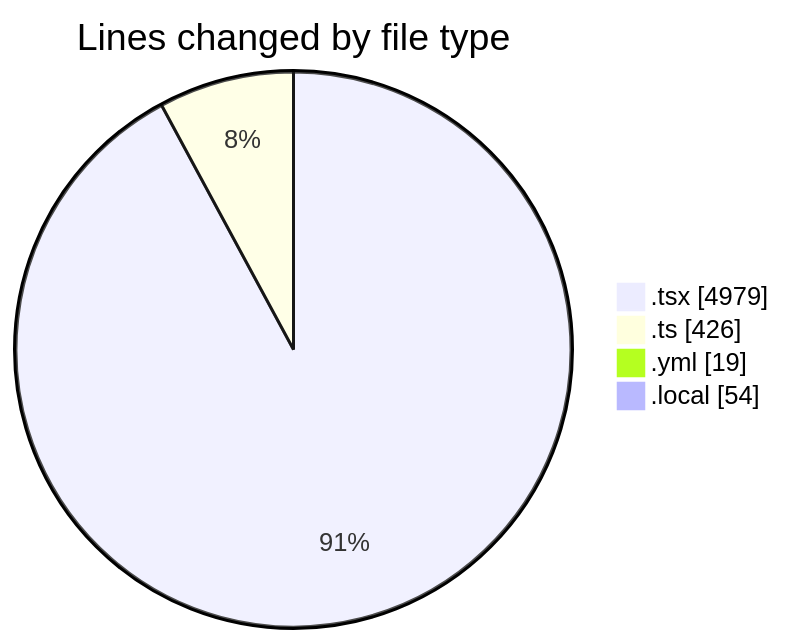
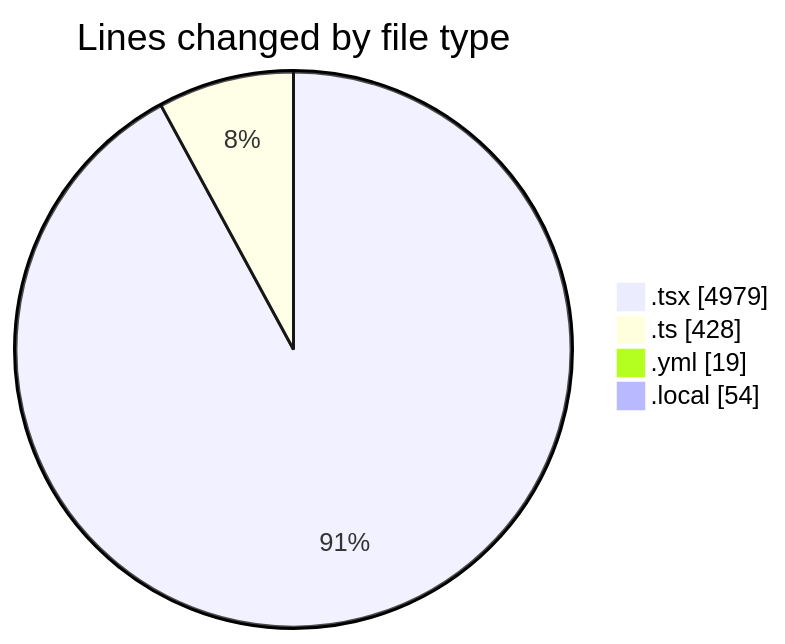
One commit to julien-gomy/code-tracking changed the first of 2 diagrams in 2025-11-18/eventscop-frontend-guide__workspace_/README.md. Above: the diagram before and after it, drawn with Mermaid. The commit also changed other lines of this file and 1 other file, not shown here.

````diff
--- a/2025-11-18/eventscop-frontend-guide__workspace_/README.md
+++ b/2025-11-18/eventscop-frontend-guide__workspace_/README.md
@@ -63,8 +63,8 @@
 ```mermaid
 pie showData
 title Lines changed by file type
 ".tsx" : 4979
-".ts" : 426
+".ts" : 428
 ".yml" : 19
 ".local" : 54
 ```
````
